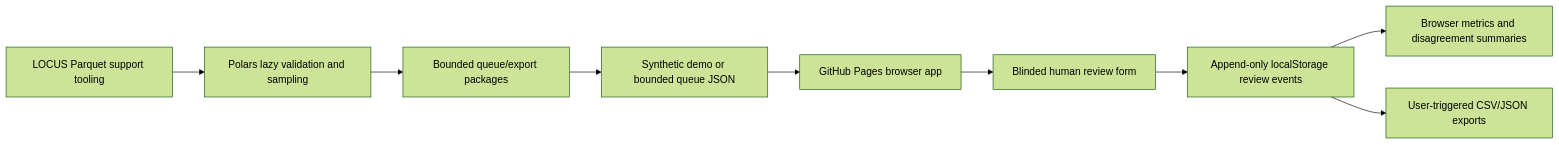
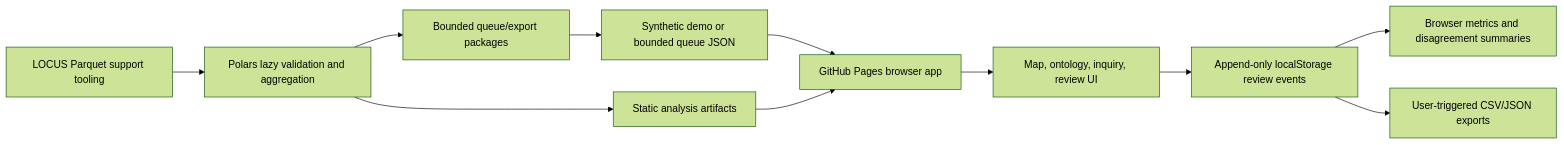
One commit to evcatalyst/evolocus changed the diagram in docs/architecture.md. Above: the diagram before and after it, drawn with Mermaid (forest theme). The commit also changed other lines of this file and 23 other files, not shown here.

Commit message:
feat: add Pages law map ontology and inquiry artifacts

````diff
--- a/docs/architecture.md
+++ b/docs/architecture.md
@@ -7,11 +7,13 @@
 ```mermaid
 flowchart LR
   A["Synthetic demo or bounded queue JSON"] --> B["GitHub Pages browser app"]
-  B --> C["Blinded human review form"]
-  C --> D["Append-only localStorage review events"]
-  D --> E["Browser metrics and disagreement summaries"]
-  D --> F["User-triggered CSV/JSON exports"]
-  G["LOCUS Parquet support tooling"] --> H["Polars lazy validation and sampling"]
-  H --> I["Bounded queue/export packages"]
-  I --> A
+  C["Static analysis artifacts"] --> B
+  B --> D["Map, ontology, inquiry, review UI"]
+  D --> E["Append-only localStorage review events"]
+  E --> F["Browser metrics and disagreement summaries"]
+  E --> G["User-triggered CSV/JSON exports"]
+  H["LOCUS Parquet support tooling"] --> I["Polars lazy validation and aggregation"]
+  I --> J["Bounded queue/export packages"]
+  I --> C
+  J --> A
 ```
````
